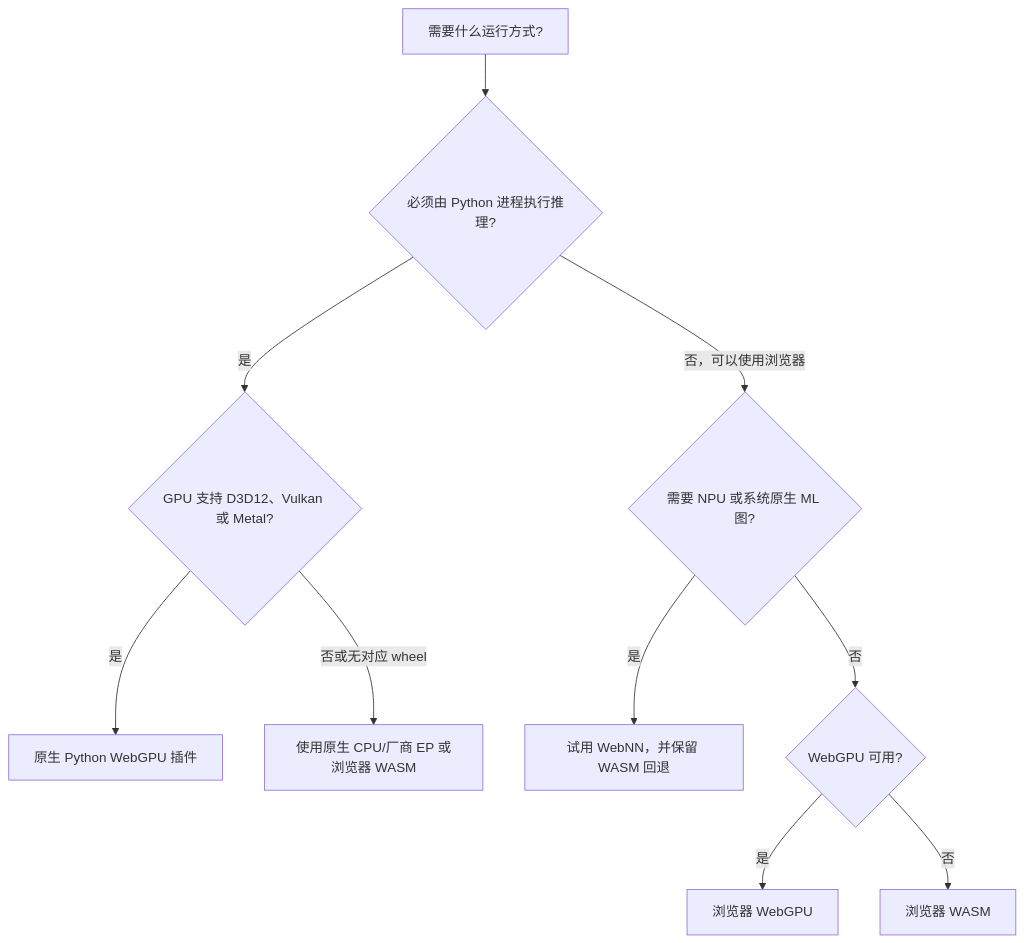
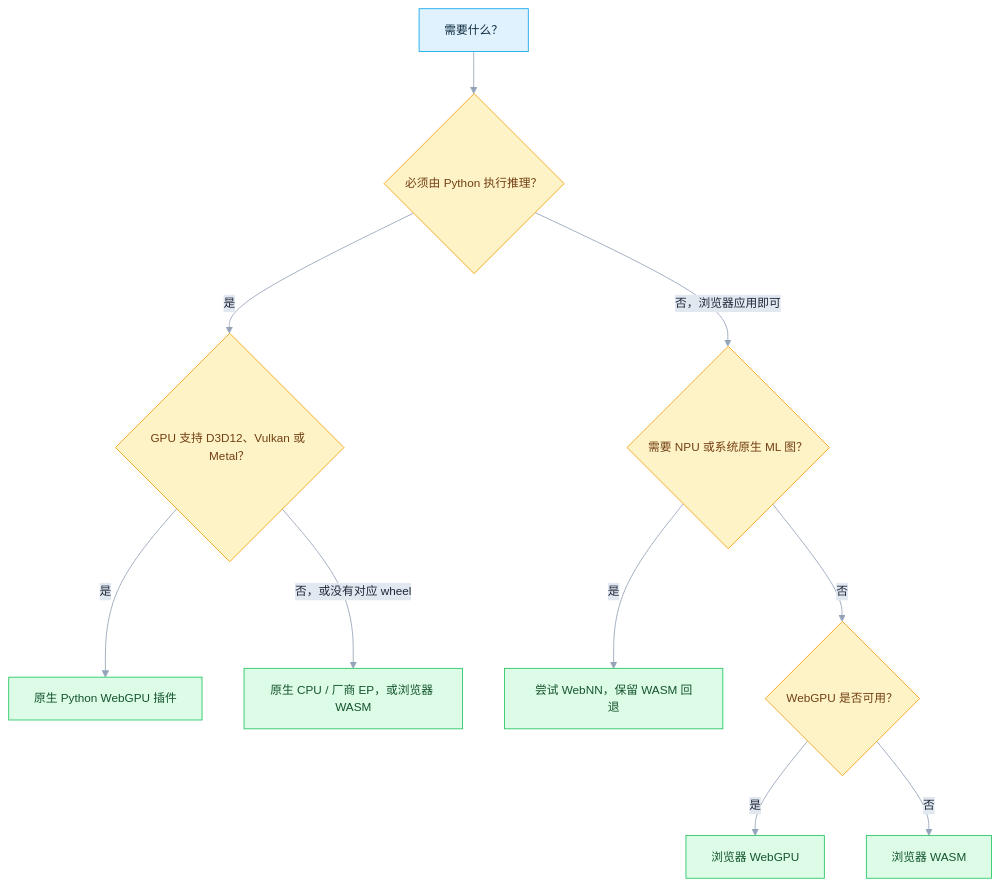
The third of 7 diagrams in WebGPU/README.zh-CN.md (DakeQQ/Tutorial-ONNX-Runtime-Execution-Providers), drawn with Mermaid before and after one commit. The commit also changed other lines of this file and 15 other files, not shown here.

````diff
--- a/WebGPU/README.zh-CN.md
+++ b/WebGPU/README.zh-CN.md
@@ -94,12 +149,20 @@
 ```mermaid
+%%{init: {"theme":"base","themeVariables":{"fontSize":"14px","lineColor":"#94a3b8","edgeLabelBackground":"#e2e8f0","primaryTextColor":"#1e293b"}}}%%
 flowchart TD
-    A[需要什么运行方式?] --> B{必须由 Python 进程执行推理?}
-    B -->|是| C{GPU 支持 D3D12、Vulkan 或 Metal?}
-    C -->|是| D[原生 Python WebGPU 插件]
-    C -->|否或无对应 wheel| E[使用原生 CPU/厂商 EP 或浏览器 WASM]
-    B -->|否，可以使用浏览器| F{需要 NPU 或系统原生 ML 图?}
-    F -->|是| G[试用 WebNN，并保留 WASM 回退]
-    F -->|否| H{WebGPU 可用?}
-    H -->|是| I[浏览器 WebGPU]
-    H -->|否| J[浏览器 WASM]
+    A["需要什么？"] --> B{"必须由 Python 执行推理？"}
+    B -->|是| C{"GPU 支持 D3D12、Vulkan 或 Metal？"}
+    C -->|是| D["原生 Python WebGPU 插件"]
+    C -->|否，或没有对应 wheel| E["原生 CPU / 厂商 EP，或浏览器 WASM"]
+    B -->|否，浏览器应用即可| F{"需要 NPU 或系统原生 ML 图？"}
+    F -->|是| G["尝试 WebNN，保留 WASM 回退"]
+    F -->|否| H{"WebGPU 是否可用？"}
+    H -->|是| I["浏览器 WebGPU"]
+    H -->|否| J["浏览器 WASM"]
+
+    classDef step fill:#e0f2fe,stroke:#0ea5e9,color:#0c2a3d;
+    classDef dec fill:#fef3c7,stroke:#f59e0b,color:#713f12;
+    classDef good fill:#dcfce7,stroke:#22c55e,color:#14532d;
+    class A step;
+    class B,C,F,H dec;
+    class D,E,G,I,J good;
 ```
````
